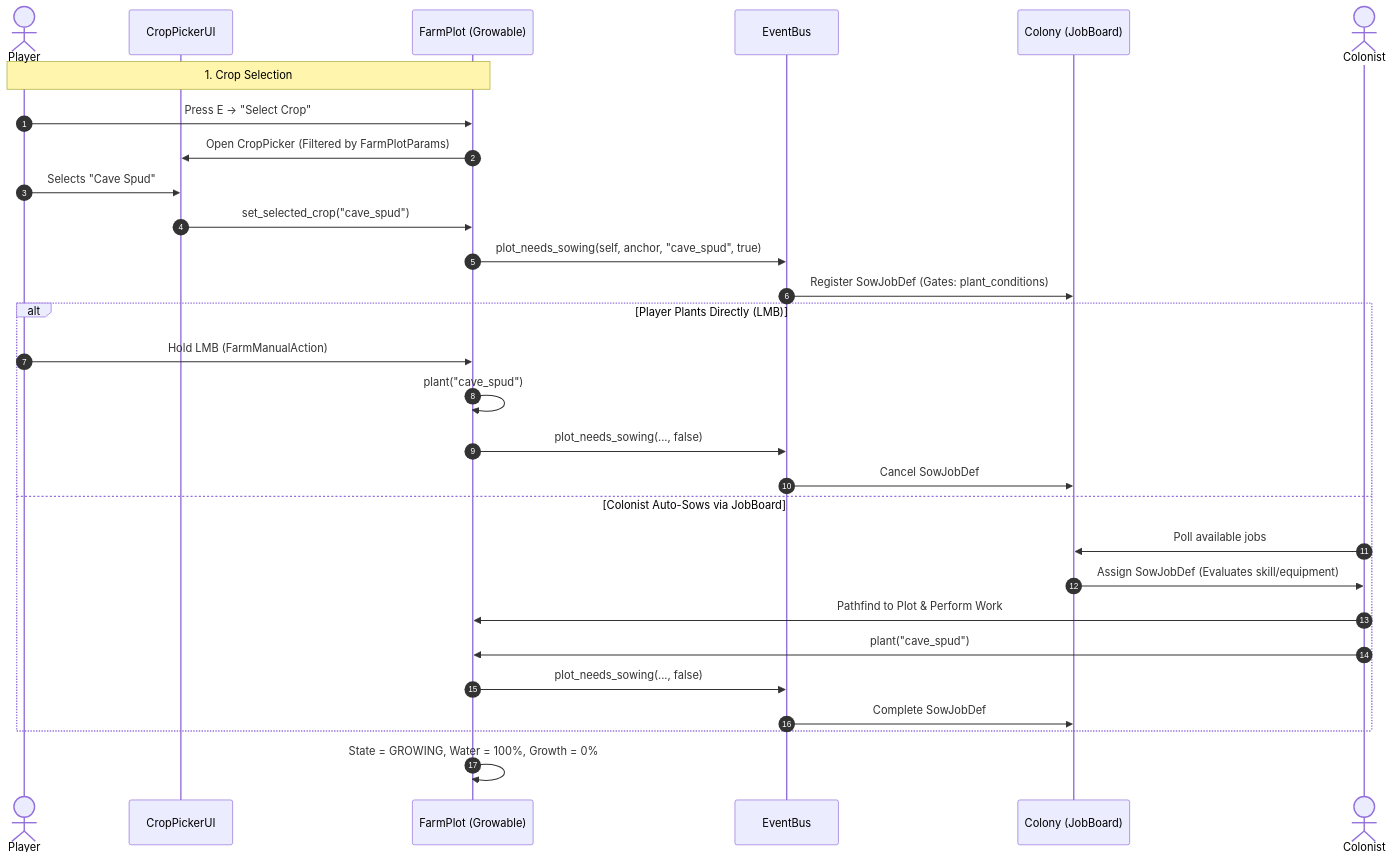
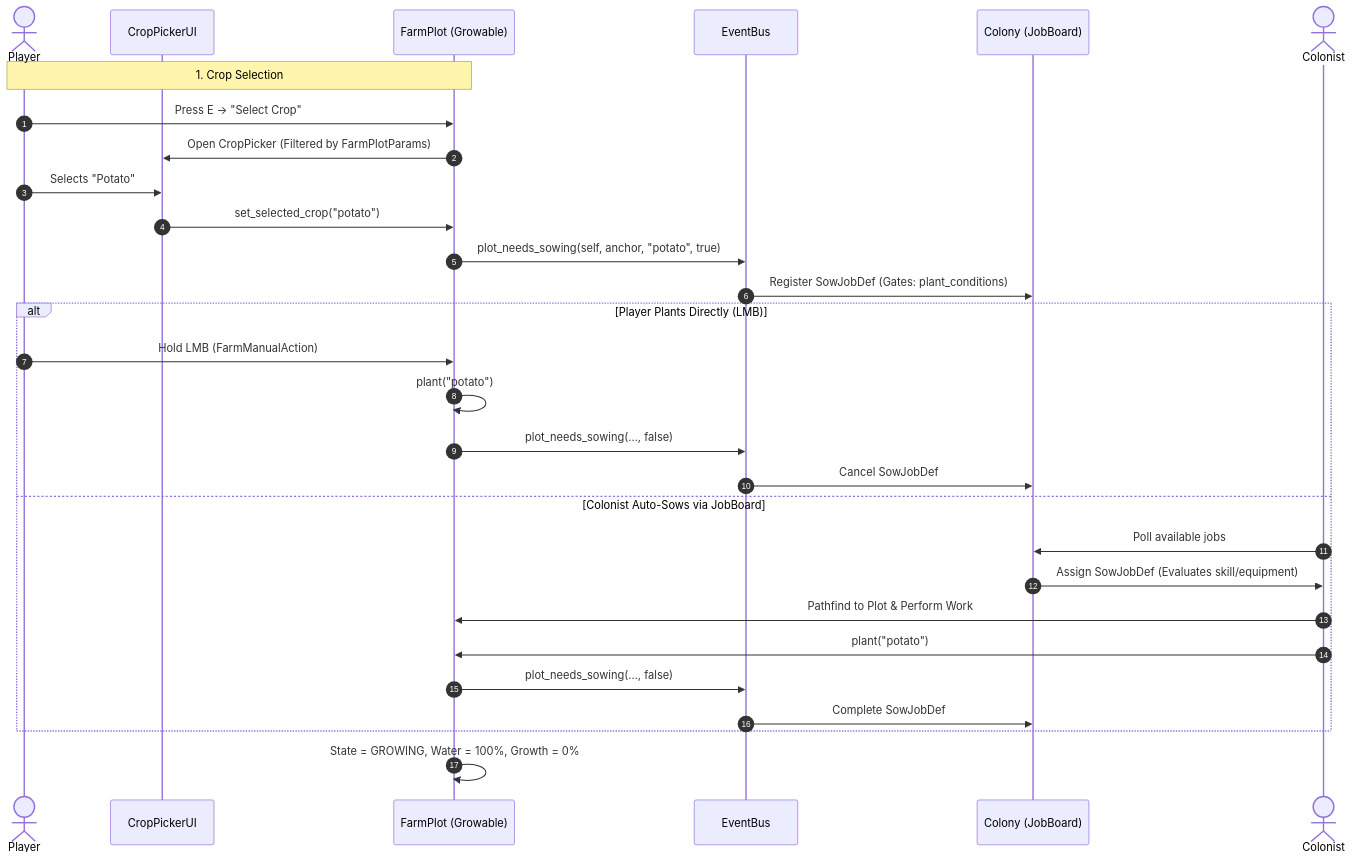
One commit to gdgonzaga/vek-holdout changed the second of 5 diagrams in docs/architecture/farming.md. Above: the diagram before and after it, drawn with Mermaid. The commit also changed other lines of this file and 56 other files, not shown here.

First line of the commit message:
feat(farming): add potato crop, 4-stage visuals, and growing trough assets

````diff
--- a/docs/architecture/farming.md
+++ b/docs/architecture/farming.md
@@ -87,34 +87,34 @@
 ```mermaid
 sequenceDiagram
     autonumber
     actor Player
     participant UI as CropPickerUI
     participant Plot as FarmPlot (Growable)
     participant Bus as EventBus
     participant Board as Colony (JobBoard)
     actor Colonist
 
     Note over Player,Plot: 1. Crop Selection
     Player->>Plot: Press E -> "Select Crop"
     Plot->>UI: Open CropPicker (Filtered by FarmPlotParams)
-    Player->>UI: Selects "Cave Spud"
-    UI->>Plot: set_selected_crop("cave_spud")
-    Plot->>Bus: plot_needs_sowing(self, anchor, "cave_spud", true)
+    Player->>UI: Selects "Potato"
+    UI->>Plot: set_selected_crop("potato")
+    Plot->>Bus: plot_needs_sowing(self, anchor, "potato", true)
     Bus->>Board: Register SowJobDef (Gates: plant_conditions)
 
     alt Player Plants Directly (LMB)
         Player->>Plot: Hold LMB (FarmManualAction)
-        Plot->>Plot: plant("cave_spud")
+        Plot->>Plot: plant("potato")
         Plot->>Bus: plot_needs_sowing(..., false)
         Bus->>Board: Cancel SowJobDef
     else Colonist Auto-Sows via JobBoard
         Colonist->>Board: Poll available jobs
         Board->>Colonist: Assign SowJobDef (Evaluates skill/equipment)
         Colonist->>Plot: Pathfind to Plot & Perform Work
-        Colonist->>Plot: plant("cave_spud")
+        Colonist->>Plot: plant("potato")
         Plot->>Bus: plot_needs_sowing(..., false)
         Bus->>Board: Complete SowJobDef
     end
 
     Plot->>Plot: State = GROWING, Water = 100%, Growth = 0%
 ```
````
